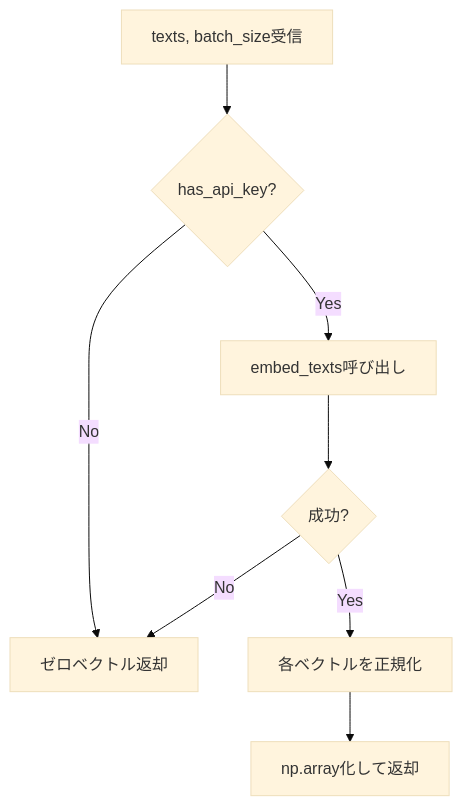
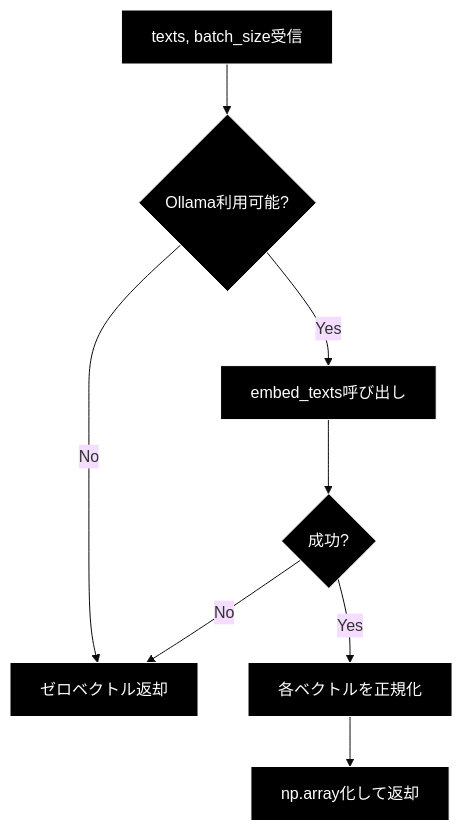
Before and after one commit to nakashima2toshio/ollama_grace_agent_v2: the seventh of 9 diagrams in qa_generation/doc/semantic.md, drawn with Mermaid (base theme). The commit also changed other lines of this file and 7 other files, not shown here.

````diff
--- a/qa_generation/doc/semantic.md
+++ b/qa_generation/doc/semantic.md
@@ -339,10 +364,13 @@
 ```mermaid
 flowchart TD
-    A[texts, batch_size受信] --> B{has_api_key?}
+    A[texts, batch_size受信] --> B{Ollama利用可能?}
     B -->|No| C[ゼロベクトル返却]
     B -->|Yes| D[embed_texts呼び出し]
     D --> E{成功?}
     E -->|Yes| F[各ベクトルを正規化]
     F --> G[np.array化して返却]
     E -->|No| C
+classDef default fill:#000,stroke:#fff,color:#fff
+classDef subgraphStyle fill:#1a1a1a,stroke:#fff,color:#fff
+class A,B,C,D,E,F,G default
 ```
````
